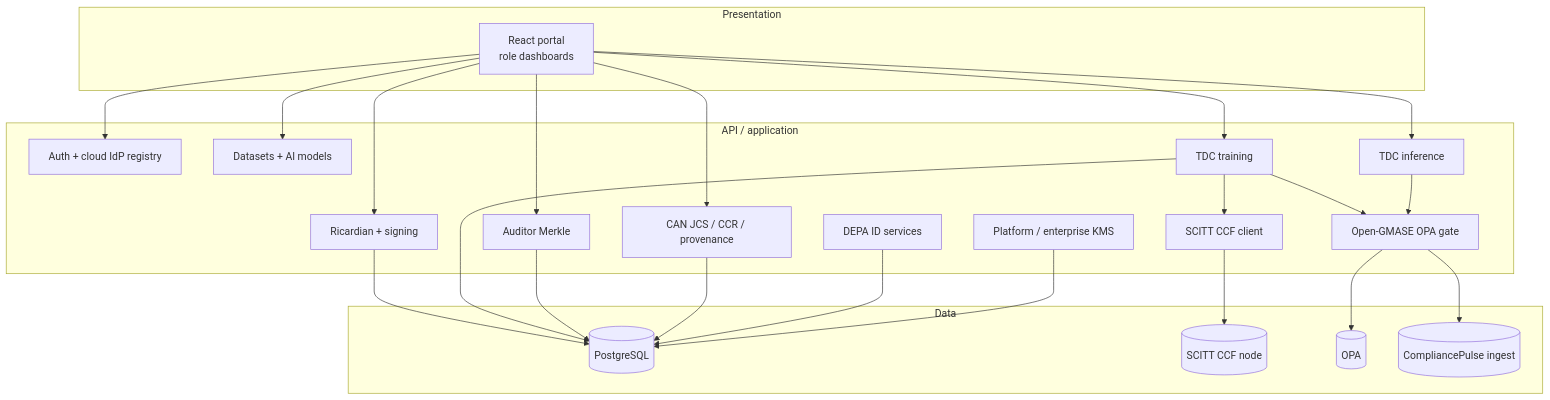
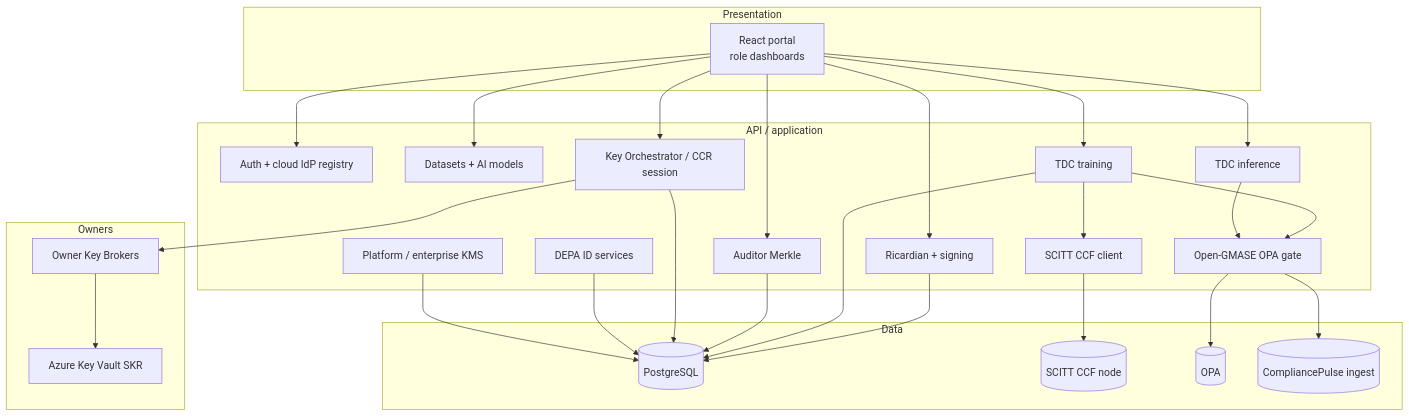
Before and after one commit to gitmujoshi/Confidential-AI-Network: the second of 10 diagrams in docs/architecture/UML_4PLUS1_ARCHITECTURE.md, drawn with Mermaid. The commit also changed other lines of this file and 25 other files, not shown here.

First line of the commit message:
Document how datasets, models, and the clean room join the key brokers.

````diff
--- a/docs/architecture/UML_4PLUS1_ARCHITECTURE.md
+++ b/docs/architecture/UML_4PLUS1_ARCHITECTURE.md
@@ -125,47 +150,54 @@
 ```mermaid
 flowchart TB
     subgraph Presentation
         UI[React portal<br/>role dashboards]
     end
 
     subgraph API["API / application"]
         Auth[Auth + cloud IdP registry]
         Contracts[Ricardian + signing]
         Catalog[Datasets + AI models]
         Train[TDC training]
         Infer[TDC inference]
         Auditor[Auditor Merkle]
-        CAN[CAN JCS / CCR / provenance]
+        CAN[Key Orchestrator / CCR session]
         SCITT[SCITT CCF client]
         GMASE[Open-GMASE OPA gate]
         DEPA[DEPA ID services]
         KMS[Platform / enterprise KMS]
+    end
+
+    subgraph Owners
+        KBS[Owner Key Brokers]
+        Vault[Azure Key Vault SKR]
     end
 
     subgraph Data
         PG[(PostgreSQL)]
         SCITTN[(SCITT CCF node)]
         OPA[(OPA)]
         CP[(CompliancePulse ingest)]
     end
 
     UI --> Auth
     UI --> Contracts
     UI --> Catalog
     UI --> Train
     UI --> Infer
     UI --> Auditor
     UI --> CAN
     Train --> GMASE
     Infer --> GMASE
     GMASE --> OPA
     GMASE --> CP
     Contracts --> PG
     Train --> PG
     Auditor --> PG
     Train --> SCITT
     SCITT --> SCITTN
     CAN --> PG
+    CAN --> KBS
+    KBS --> Vault
     DEPA --> PG
     KMS --> PG
 ```
````
